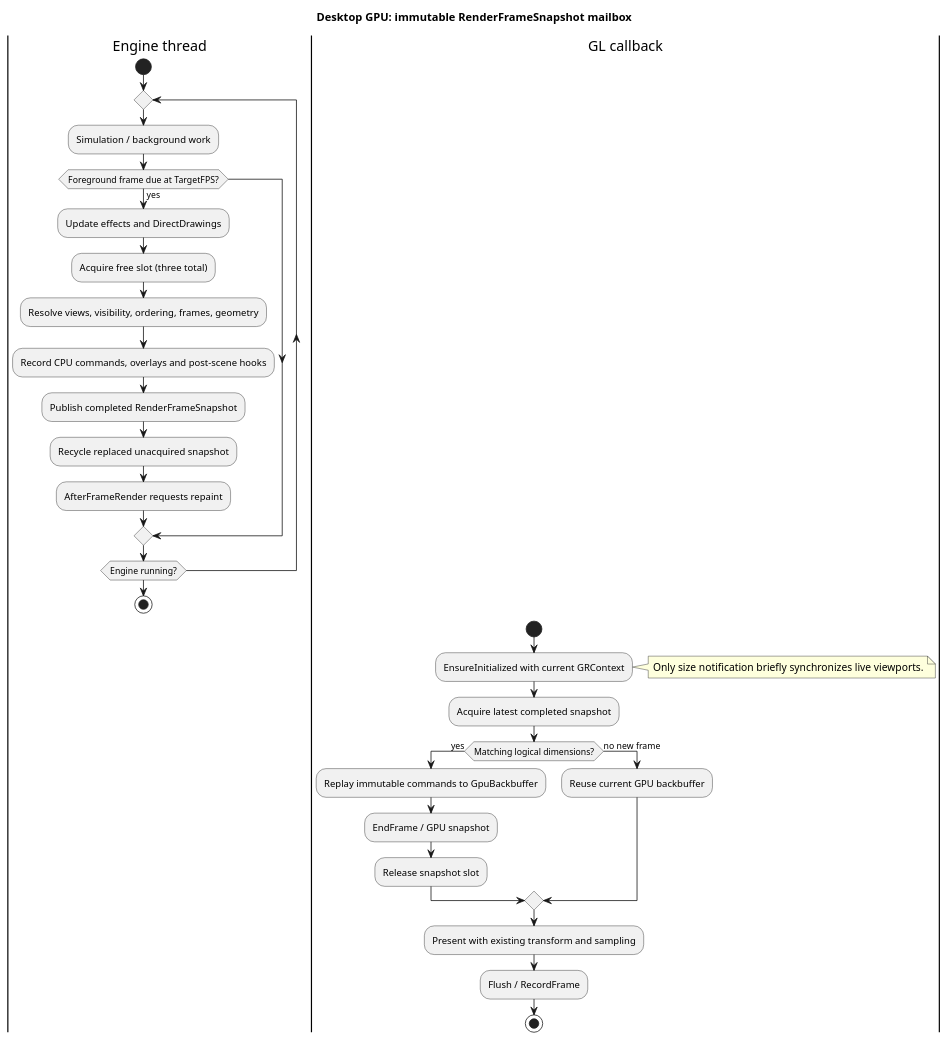
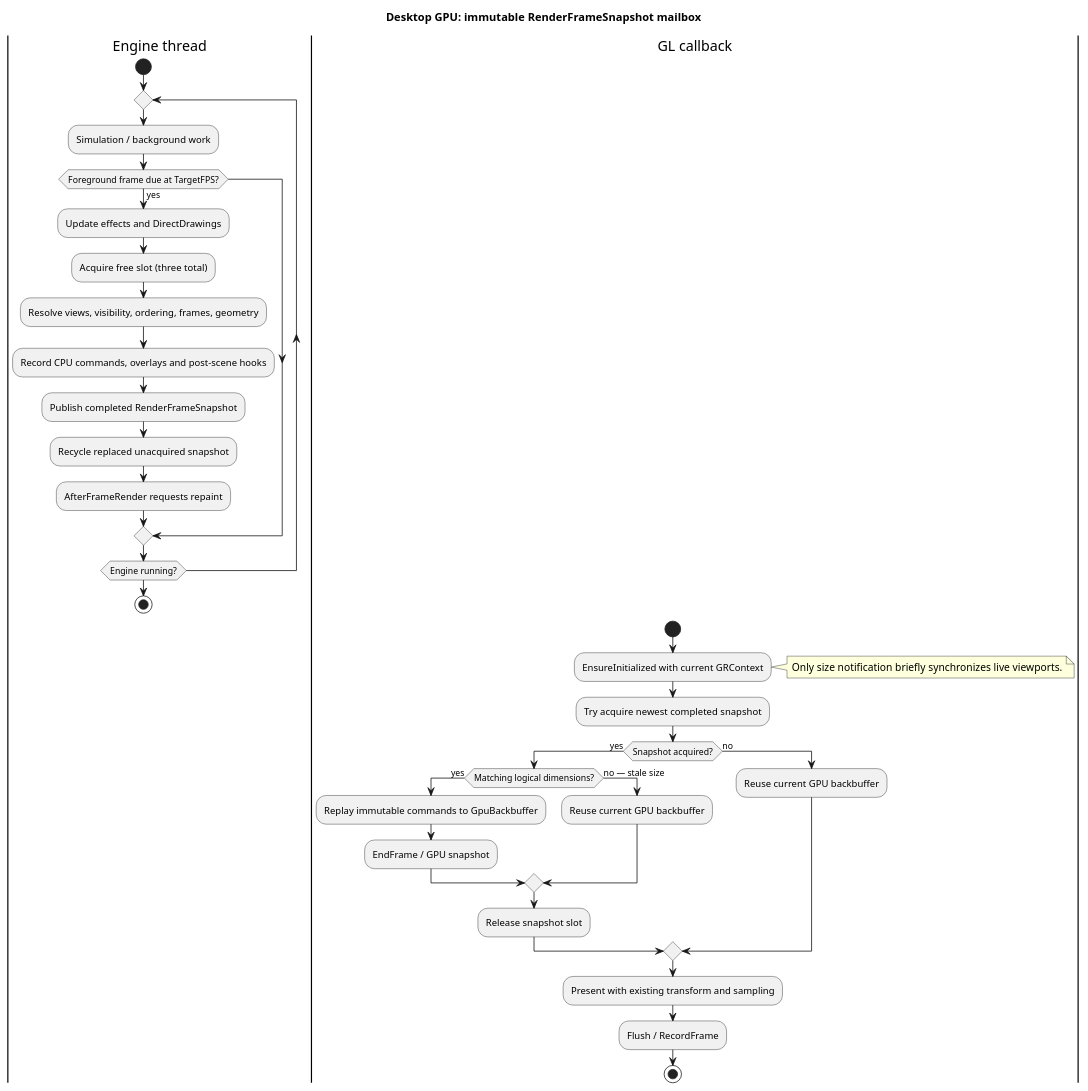
The diagram in Solution Items/documentation/rendering-pipeline-flowchart-gpu-backbuffer.puml (Isthimius/Gondwana), drawn with PlantUML before and after one commit.

Commit message:
Refine GPU backbuffer rendering flowchart
Updated rendering pipeline flowchart to improve clarity on GPU backbuffer handling and snapshot acquisition.

```diff
--- a/Solution Items/documentation/rendering-pipeline-flowchart-gpu-backbuffer.puml
+++ b/Solution Items/documentation/rendering-pipeline-flowchart-gpu-backbuffer.puml
@@ -1,33 +1,37 @@
 @startuml rendering-pipeline-flowchart-gpu-backbuffer
 title Desktop GPU: immutable RenderFrameSnapshot mailbox
 |Engine thread|
 start
 repeat
 :Simulation / background work;
 if (Foreground frame due at TargetFPS?) then (yes)
 :Update effects and DirectDrawings;
 :Acquire free slot (three total);
 :Resolve views, visibility, ordering, frames, geometry;
 :Record CPU commands, overlays and post-scene hooks;
 :Publish completed RenderFrameSnapshot;
 :Recycle replaced unacquired snapshot;
 :AfterFrameRender requests repaint;
 endif
 repeat while (Engine running?)
 stop
 |GL callback|
 start
 :EnsureInitialized with current GRContext;
 note right: Only size notification briefly synchronizes live viewports.
-:Acquire latest completed snapshot;
-if (Matching logical dimensions?) then (yes)
-:Replay immutable commands to GpuBackbuffer;
-:EndFrame / GPU snapshot;
-:Release snapshot slot;
-else (no new frame)
-:Reuse current GPU backbuffer;
+:Try acquire newest completed snapshot;
+if (Snapshot acquired?) then (yes)
+  if (Matching logical dimensions?) then (yes)
+    :Replay immutable commands to GpuBackbuffer;
+    :EndFrame / GPU snapshot;
+  else (no — stale size)
+    :Reuse current GPU backbuffer;
+  endif
+  :Release snapshot slot;
+else (no)
+  :Reuse current GPU backbuffer;
 endif
 :Present with existing transform and sampling;
 :Flush / RecordFrame;
 stop
 @enduml
```
